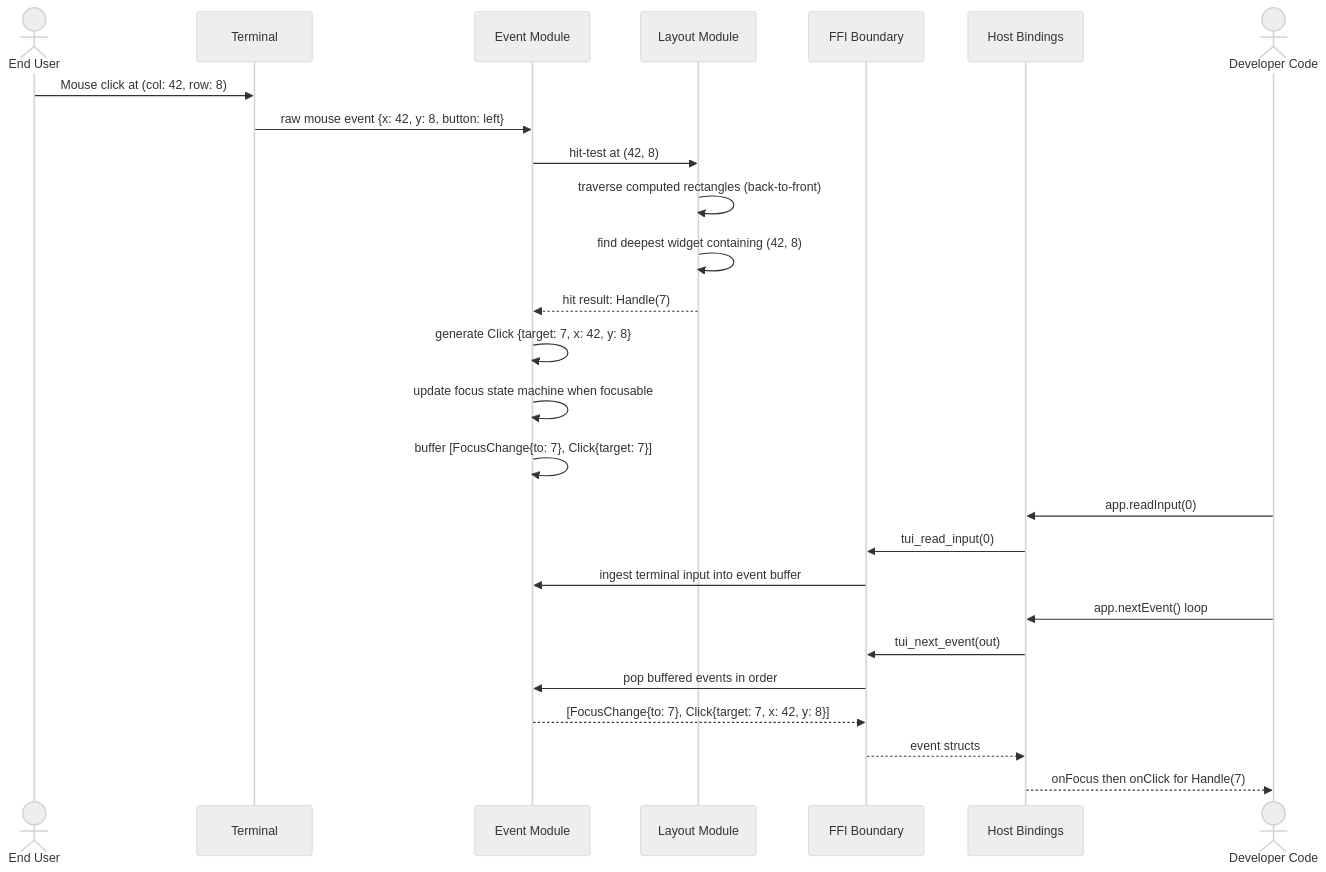
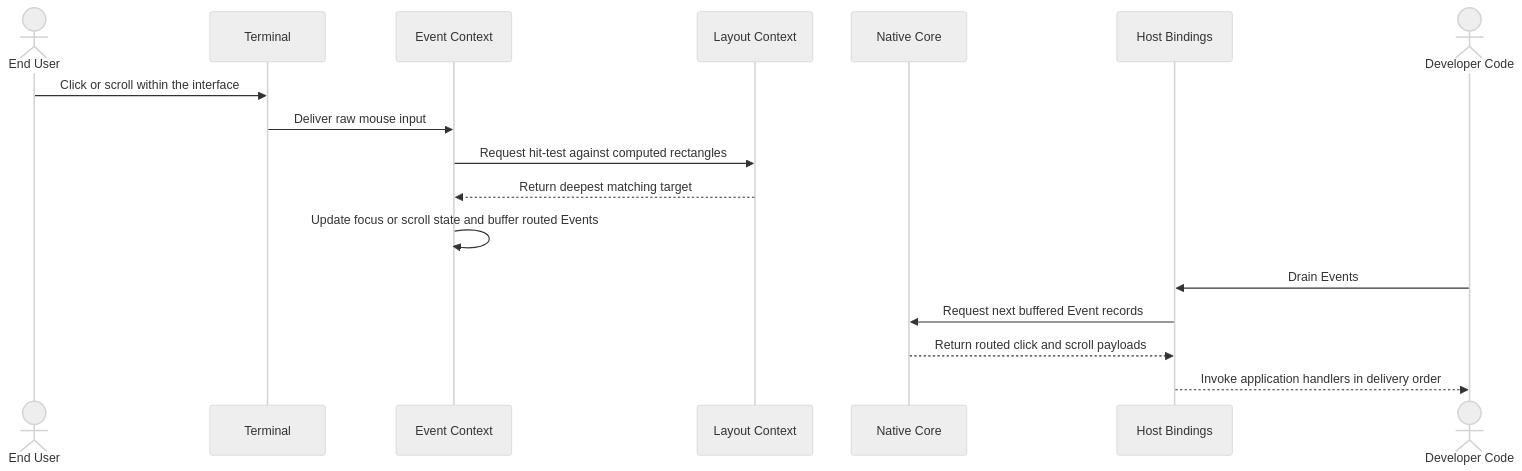
One commit to openkraken-ai/kraken-tui changed the fourth of 5 diagrams in docs/Architecture.md. Above: the diagram before and after it, drawn with Mermaid (neutral theme). The commit also changed other lines of this file and 21 other files, not shown here.

````diff
--- a/docs/Architecture.md
+++ b/docs/Architecture.md
@@ -254,33 +162,20 @@
 ```mermaid
 sequenceDiagram
     actor EU as End User
     participant Term as Terminal
-    participant Event as Event Module
-    participant Layout as Layout Module
-    participant FFI as FFI Boundary
+    participant Event as Event Context
+    participant Layout as Layout Context
+    participant Core as Native Core
     participant Host as Host Bindings
     actor Dev as Developer Code
 
-    EU->>Term: Mouse click at (col: 42, row: 8)
-    Term->>Event: raw mouse event {x: 42, y: 8, button: left}
-
-    Event->>Layout: hit-test at (42, 8)
-    Layout->>Layout: traverse computed rectangles (back-to-front)
-    Layout->>Layout: find deepest widget containing (42, 8)
-    Layout-->>Event: hit result: Handle(7)
-
-    Event->>Event: generate Click {target: 7, x: 42, y: 8}
-    Event->>Event: update focus state machine when focusable
-    Event->>Event: buffer [FocusChange{to: 7}, Click{target: 7}]
-
-    Dev->>Host: app.readInput(0)
-    Host->>FFI: tui_read_input(0)
-    FFI->>Event: ingest terminal input into event buffer
-
-    Dev->>Host: app.nextEvent() loop
-    Host->>FFI: tui_next_event(out)
-    FFI->>Event: pop buffered events in order
-    Event-->>FFI: [FocusChange{to: 7}, Click{target: 7, x: 42, y: 8}]
-    FFI-->>Host: event structs
-    Host-->>Dev: onFocus then onClick for Handle(7)
+    EU->>Term: Click or scroll within the interface
+    Term->>Event: Deliver raw mouse input
+    Event->>Layout: Request hit-test against computed rectangles
+    Layout-->>Event: Return deepest matching target
+    Event->>Event: Update focus or scroll state and buffer routed Events
+    Dev->>Host: Drain Events
+    Host->>Core: Request next buffered Event records
+    Core-->>Host: Return routed click and scroll payloads
+    Host-->>Dev: Invoke application handlers in delivery order
 ```
````
